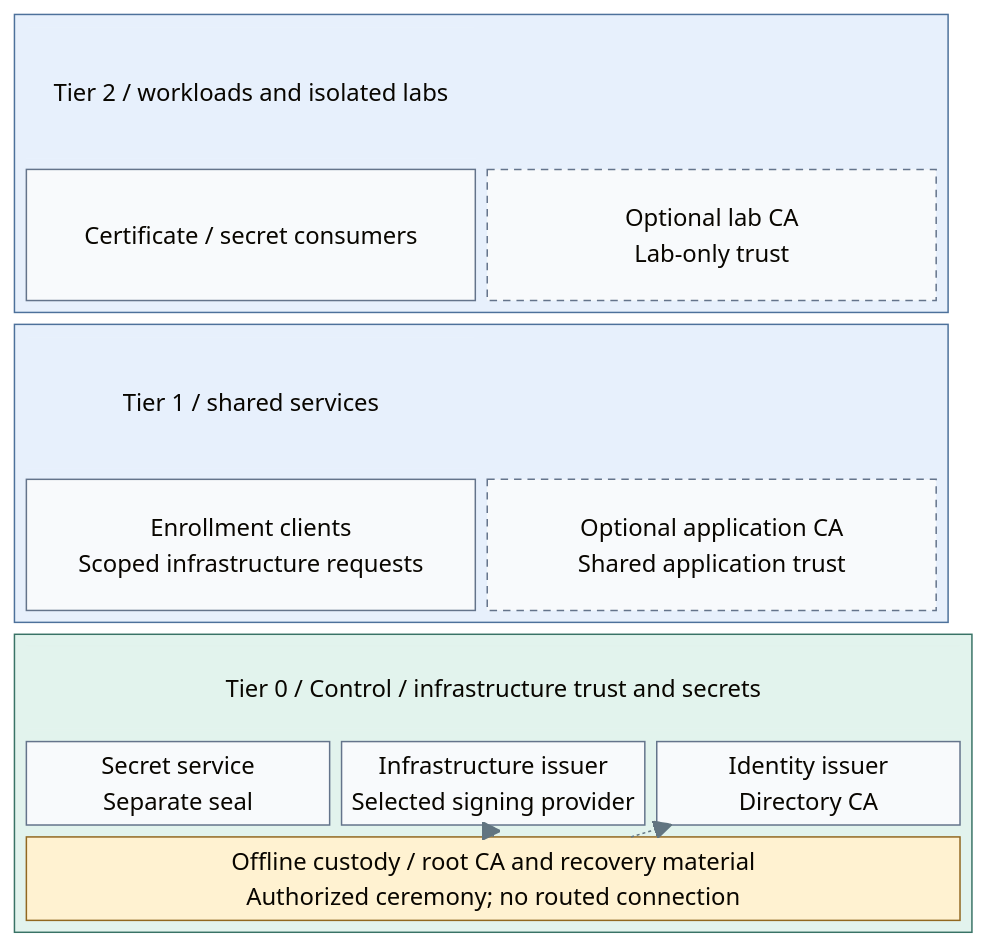
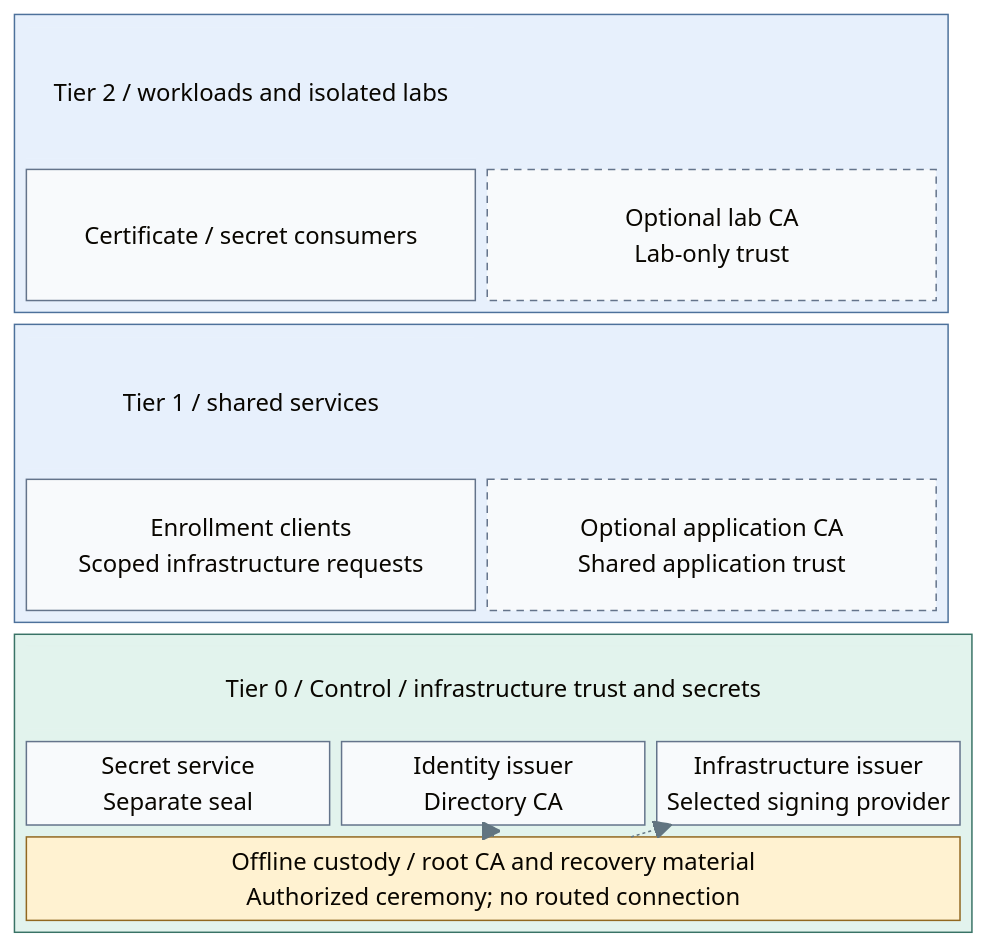
Before and after one commit to Rexus/homelab: the diagram in docs/architecture/cryptography/README.md, drawn with Mermaid. The commit also changed other lines of this file and 89 other files, not shown here.

Commit message:
docs(deployment): align capability stages and diagrams

````diff
--- a/docs/architecture/cryptography/README.md
+++ b/docs/architecture/cryptography/README.md
@@ -23,40 +23,40 @@
 ```mermaid
 %%{init: {"theme":"base","themeVariables":{"lineColor":"#627581","edgeLabelBackground":"#f8fafc"}}}%%
 block-beta
   columns 1
   block:T2
     columns 2
     T2Title["Tier 2 / workloads and isolated labs"]:2
     Workloads["Certificate / secret consumers"]
     LabCA["Optional lab CA<br/>Lab-only trust"]
   end
   block:T1
     columns 2
     T1Title["Tier 1 / shared services"]:2
     Enrollment["Enrollment clients<br/>Scoped infrastructure requests"]
     AppCA["Optional application CA<br/>Shared application trust"]
   end
   block:T0
     columns 3
     T0Title["Tier 0 / Control / infrastructure trust and secrets"]:3
     Secrets["Secret service<br/>Separate seal"]
+    Identity["Identity issuer<br/>Directory CA"]
     Issuer["Infrastructure issuer<br/>Selected signing provider"]
-    Identity["Identity issuer<br/>Directory CA"]
     Root["Offline custody / root CA and recovery material<br/>Authorized ceremony; no routed connection"]:3
   end
   Root -.-> Issuer
   Root -.-> Identity
   classDef default fill:#f8fafc,stroke:#64748b,color:#1f2937
   classDef services fill:#e7f0fc,stroke:#4d719b,color:#203a5b
   classDef custody fill:#fff2d1,stroke:#926820,color:#584013
   classDef control fill:#e2f3ed,stroke:#397366,color:#173f36
   classDef replicas fill:#f8fafc,stroke:#64748b,color:#1f2937,stroke-dasharray:5 4
   classDef servicesHeading fill:#e7f0fc,stroke:#e7f0fc,color:#203a5b
   classDef controlHeading fill:#e2f3ed,stroke:#e2f3ed,color:#173f36
   class T2,T1 services
   class T0 control
   class Root custody
   class AppCA,LabCA replicas
   class T2Title,T1Title servicesHeading
   class T0Title controlHeading
 ```
````
